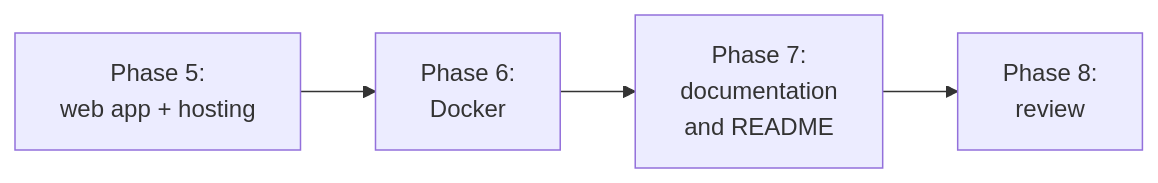
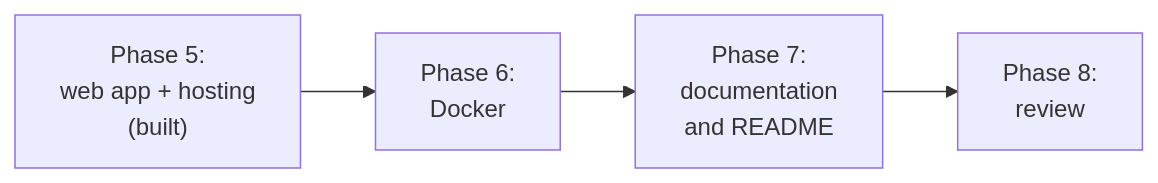
Before and after one commit to jconnors23/510-m3-nfl-prediction-analytics: the diagram in docs/implementation/remaining-phases.md, drawn with Mermaid. The commit also changed other lines of this file and 26 other files, not shown here.

````diff
--- a/docs/implementation/remaining-phases.md
+++ b/docs/implementation/remaining-phases.md
@@ -12,6 +12,6 @@
 ```mermaid
 flowchart LR
-    C["Phase 5:<br/>web app + hosting"] --> D["Phase 6:<br/>Docker"]
+    C["Phase 5:<br/>web app + hosting<br/>(built)"] --> D["Phase 6:<br/>Docker"]
     D --> E["Phase 7:<br/>documentation<br/>and README"]
     E --> F["Phase 8:<br/>review"]
 ```
````
